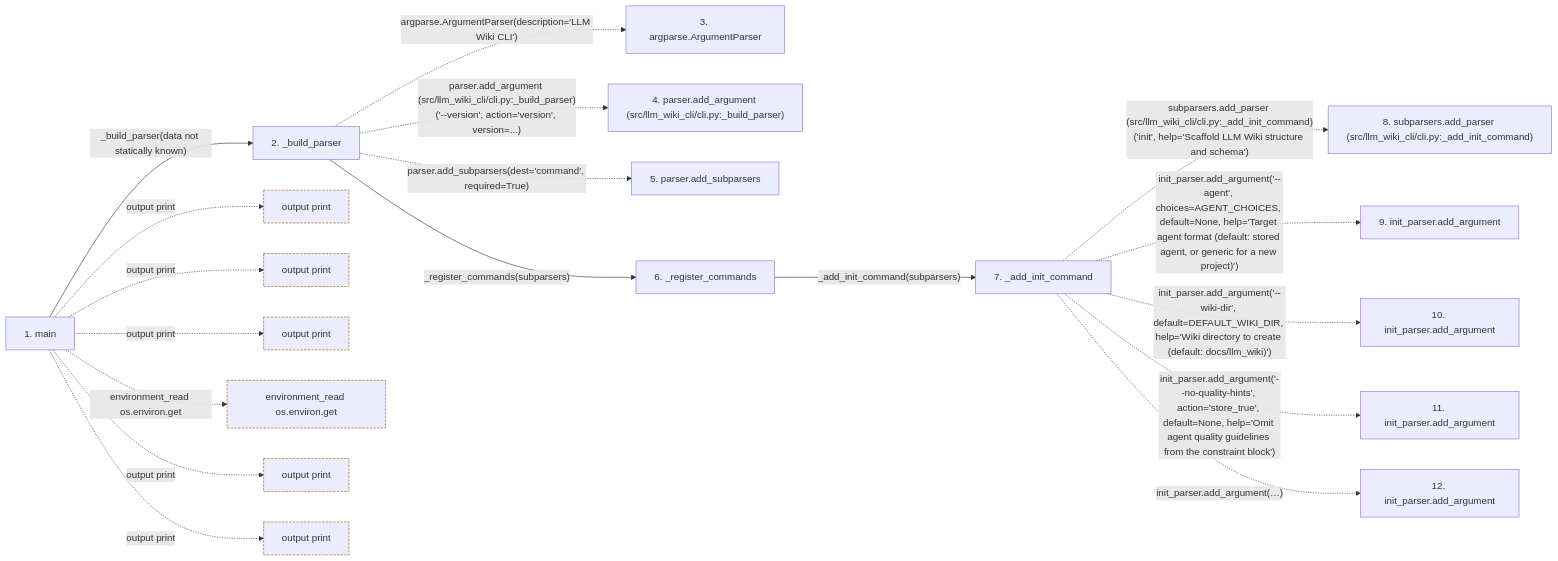
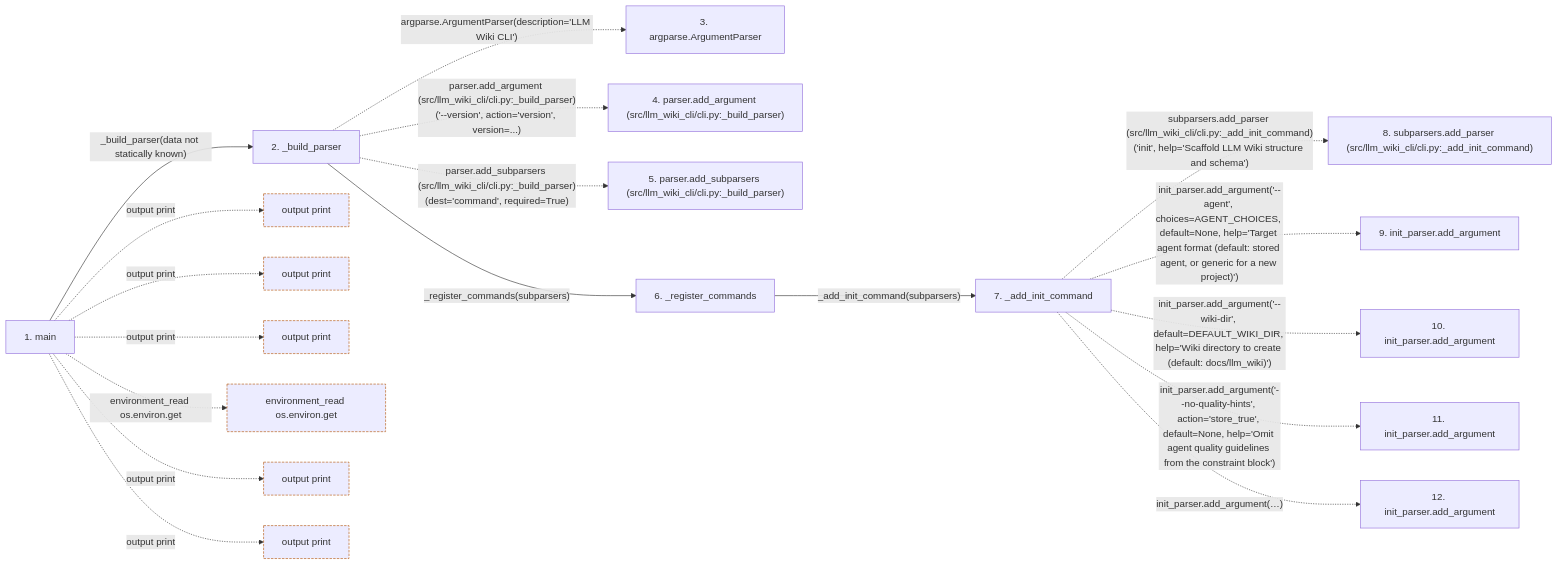
One commit to Denissvgn/python-wiki-llm changed the second of 2 diagrams in docs/llm_wiki/flows/process-cli.md. Above: the diagram before and after it, drawn with Mermaid. The commit also changed other lines of this file and 1410 other files, not shown here.

````diff
--- a/docs/llm_wiki/flows/process-cli.md
+++ b/docs/llm_wiki/flows/process-cli.md
@@ -82,49 +106,49 @@
 ```mermaid
 flowchart LR
     s1["1. main"]
     s2["2. _build_parser"]
     s3["3. argparse.ArgumentParser"]
     s4["4. parser.add_argument (src/llm_wiki_cli/cli.py:_build_parser)"]
-    s5["5. parser.add_subparsers"]
+    s5["5. parser.add_subparsers (src/llm_wiki_cli/cli.py:_build_parser)"]
     s6["6. _register_commands"]
     s7["7. _add_init_command"]
     s8["8. subparsers.add_parser (src/llm_wiki_cli/cli.py:_add_init_command)"]
     s9["9. init_parser.add_argument"]
     s10["10. init_parser.add_argument"]
     s11["11. init_parser.add_argument"]
     s12["12. init_parser.add_argument"]
     s1 -->|"_build_parser(data not statically known)"| s2
     s2 -. "argparse.ArgumentParser(description='LLM Wiki CLI')" .-> s3
     s2 -. "parser.add_argument (src/llm_wiki_cli/cli.py:_build_parser)('--version', action='version', version=...)" .-> s4
-    s2 -. "parser.add_subparsers(dest='command', required=True)" .-> s5
+    s2 -. "parser.add_subparsers (src/llm_wiki_cli/cli.py:_build_parser)(dest='command', required=True)" .-> s5
     s2 -->|"_register_commands(subparsers)"| s6
     s6 -->|"_add_init_command(subparsers)"| s7
     s7 -. "subparsers.add_parser (src/llm_wiki_cli/cli.py:_add_init_command)('init', help='Scaffold LLM Wiki structure and schema')" .-> s8
     s7 -. "init_parser.add_argument('--agent', choices=AGENT_CHOICES, default=None, help='Target agent format (default: stored agent, or generic for a new project)')" .-> s9
     s7 -. "init_parser.add_argument('--wiki-dir', default=DEFAULT_WIKI_DIR, help='Wiki directory to create (default: docs/llm_wiki)')" .-> s10
     s7 -. "init_parser.add_argument('--no-quality-hints', action='store_true', default=None, help='Omit agent quality guidelines from the constraint block')" .-> s11
     s7 -. "init_parser.add_argument(…)" .-> s12
     b0["output print"]
     s1 -. "output print" .-> b0
     b1["output print"]
     s1 -. "output print" .-> b1
     b2["output print"]
     s1 -. "output print" .-> b2
     b3["environment_read os.environ.get"]
     s1 -. "environment_read os.environ.get" .-> b3
     b4["output print"]
     s1 -. "output print" .-> b4
     b5["output print"]
     s1 -. "output print" .-> b5
     click s1 "../modules/cli.md"
     click s2 "../modules/cli.md"
     click s6 "../modules/cli.md"
     click s7 "../modules/cli.md"
     classDef boundary stroke:#b45309,stroke-dasharray: 4 2
     class b0 boundary
     class b1 boundary
     class b2 boundary
     class b3 boundary
     class b4 boundary
     class b5 boundary
 ```
````
